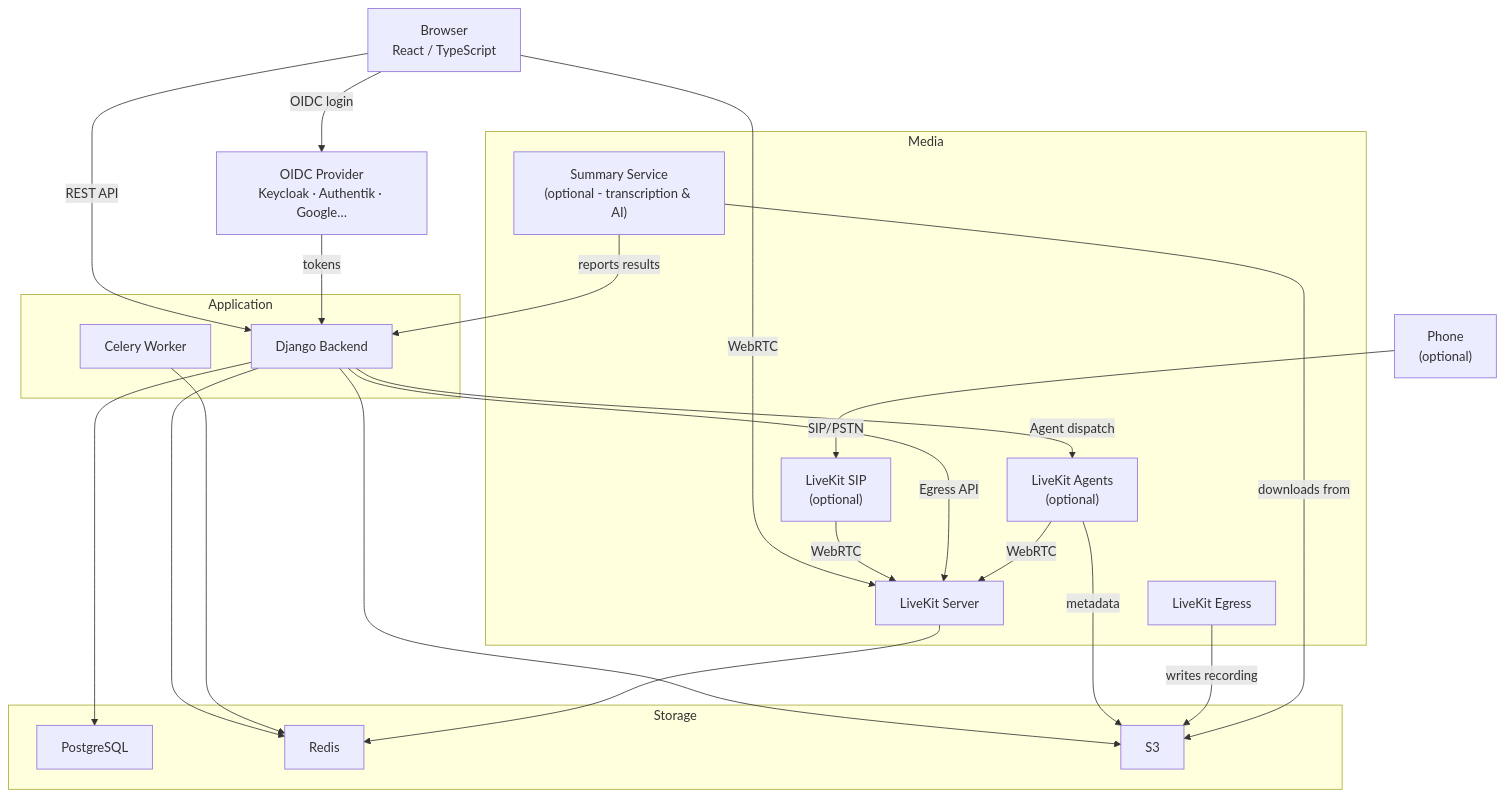
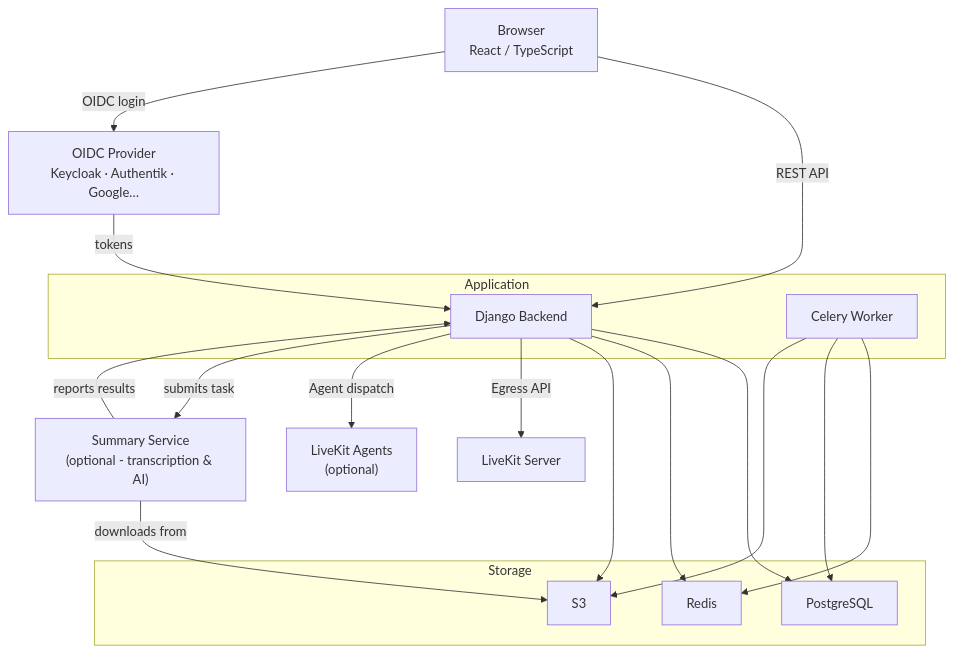
One commit to suitenumerique/meet changed the first of 4 diagrams in docs/overview/architecture.md. Above: the diagram before and after it, drawn with Mermaid. The commit also changed other lines of this file, not shown here.

Commit message:
📝(doc) fix and split the architecture component diagram

````diff
--- a/docs/overview/architecture.md
+++ b/docs/overview/architecture.md
@@ -7,44 +11,35 @@
 ```mermaid
 graph TB
     Browser["Browser\nReact / TypeScript"]
     OIDC["OIDC Provider\nKeycloak · Authentik · Google…"]
-    Phone["Phone\n(optional)"]
 
     subgraph backend_layer["Application"]
         Backend["Django Backend"]
         Celery["Celery Worker"]
     end
 
-    subgraph media_layer["Media"]
-        LiveKit["LiveKit Server"]
-        Egress["LiveKit Egress"]
-        SIP["LiveKit SIP\n(optional)"]
-        Agents["LiveKit Agents\n(optional)"]
-        Summary["Summary Service\n(optional - transcription & AI)"]
-    end
+    LiveKit["LiveKit Server"]
+    Agents["LiveKit Agents\n(optional)"]
+    Summary["Summary Service\n(optional - transcription & AI)"]
 
     subgraph storage_layer["Storage"]
         PostgreSQL["PostgreSQL"]
         Redis["Redis"]
         ObjectStore["S3"]
     end
 
     Browser -->|REST API| Backend
-    Browser -->|WebRTC| LiveKit
     Browser -->|OIDC login| OIDC
-    Phone -->|SIP/PSTN| SIP
-    SIP -->|WebRTC| LiveKit
     OIDC -->|tokens| Backend
     Backend --> PostgreSQL
     Backend --> Redis
+    Backend --> ObjectStore
     Backend -->|Egress API| LiveKit
     Backend -->|Agent dispatch| Agents
-    Backend --> ObjectStore["S3"]
+    Backend -->|submits task| Summary
     Celery --> Redis
-    LiveKit --> Redis
-    Agents -->|WebRTC| LiveKit
-    Agents -->|metadata| ObjectStore["S3"]
-    Egress -->|writes recording| ObjectStore["S3"]
-    Summary -->|downloads from| ObjectStore["S3"]
+    Celery --> PostgreSQL
+    Celery --> ObjectStore
+    Summary -->|downloads from| ObjectStore
     Summary -->|reports results| Backend
 ```
````
